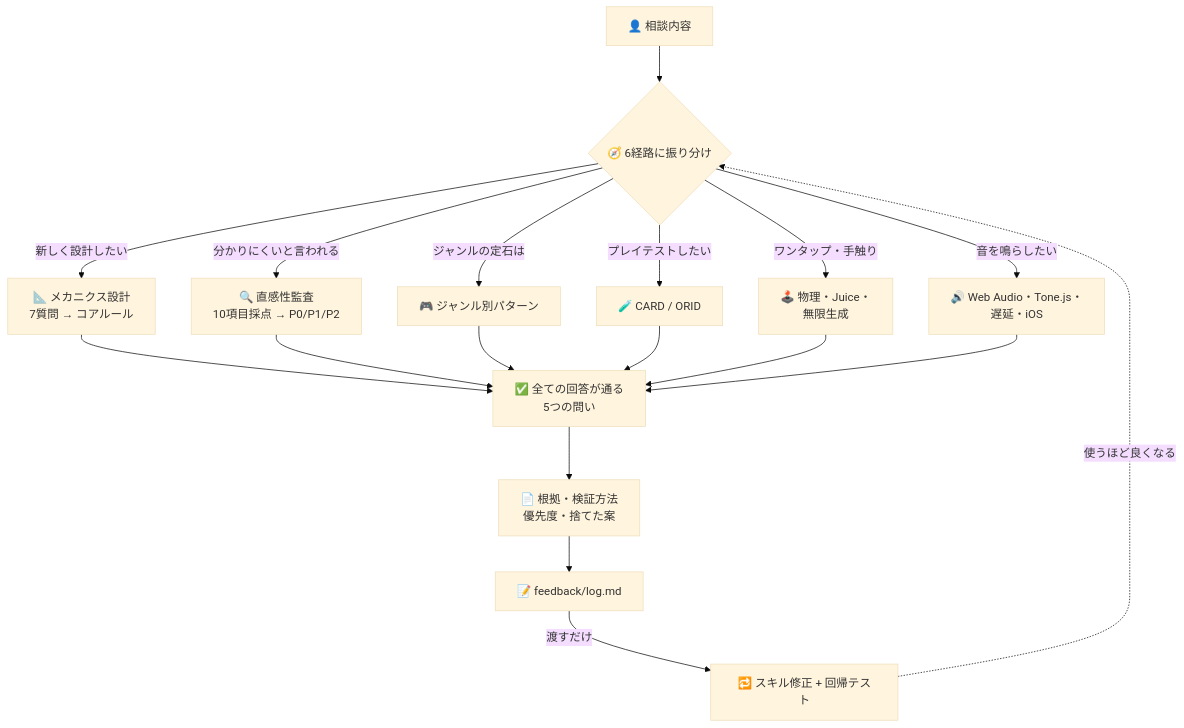
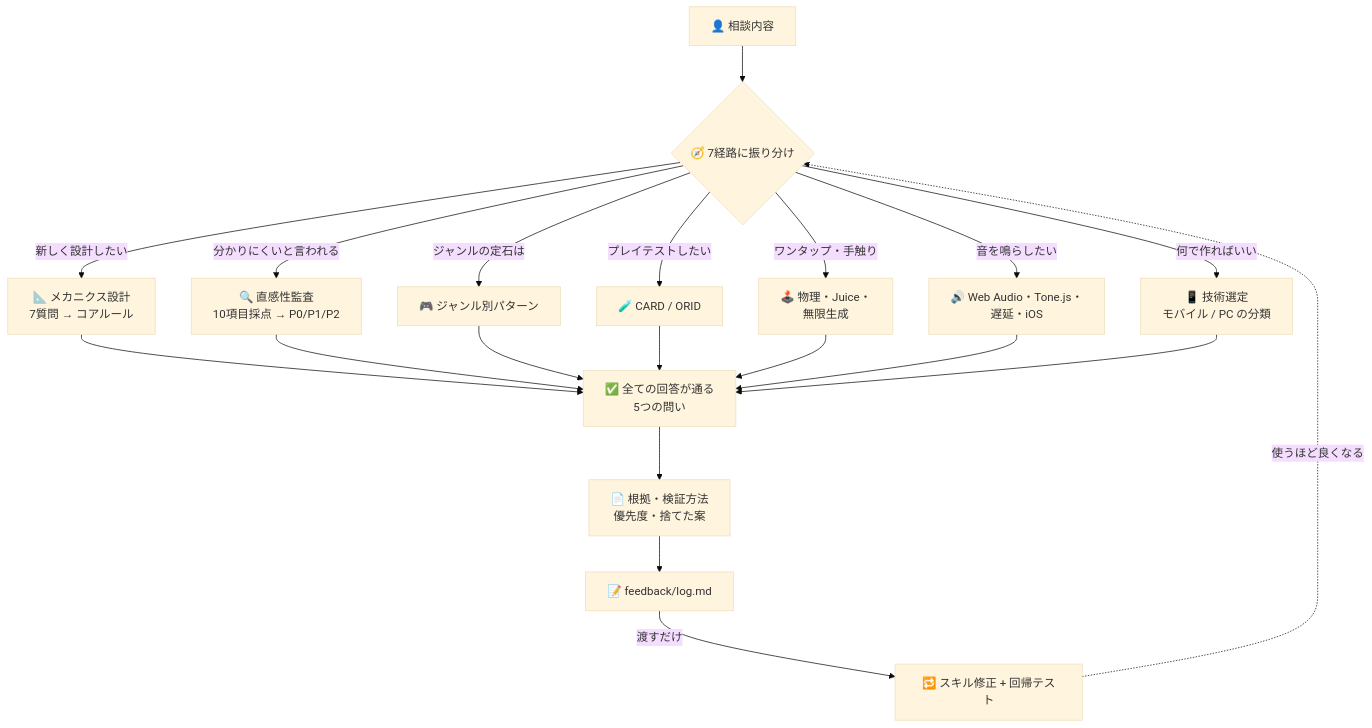
Before and after one commit to takaoumehara/intuitive-game-design-skill: the diagram in README.ja.md, drawn with Mermaid (base theme). The commit also changed other lines of this file and 7 other files, not shown here.

````diff
--- a/README.ja.md
+++ b/README.ja.md
@@ -24,17 +24,18 @@
 ```mermaid
 flowchart TD
-    U["👤 相談内容"] --> R{"🧭 6経路に振り分け"}
+    U["👤 相談内容"] --> R{"🧭 7経路に振り分け"}
 
     R -->|"新しく設計したい"| A["📐 メカニクス設計<br/>7質問 → コアルール"]
     R -->|"分かりにくいと言われる"| B["🔍 直感性監査<br/>10項目採点 → P0/P1/P2"]
     R -->|"ジャンルの定石は"| C["🎮 ジャンル別パターン"]
     R -->|"プレイテストしたい"| D["🧪 CARD / ORID"]
     R -->|"ワンタップ・手触り"| E["🕹️ 物理・Juice・<br/>無限生成"]
     R -->|"音を鳴らしたい"| F["🔊 Web Audio・Tone.js・<br/>遅延・iOS"]
+    R -->|"何で作ればいい"| G["📱 技術選定<br/>モバイル / PC の分類"]
 
-    A & B & C & D & E & F --> Q["✅ 全ての回答が通る<br/>5つの問い"]
+    A & B & C & D & E & F & G --> Q["✅ 全ての回答が通る<br/>5つの問い"]
     Q --> O["📄 根拠・検証方法<br/>優先度・捨てた案"]
     O --> L["📝 feedback/log.md"]
     L -->|"渡すだけ"| FIX["🔁 スキル修正 + 回帰テスト"]
     FIX -.->|"使うほど良くなる"| R
 ```
````
